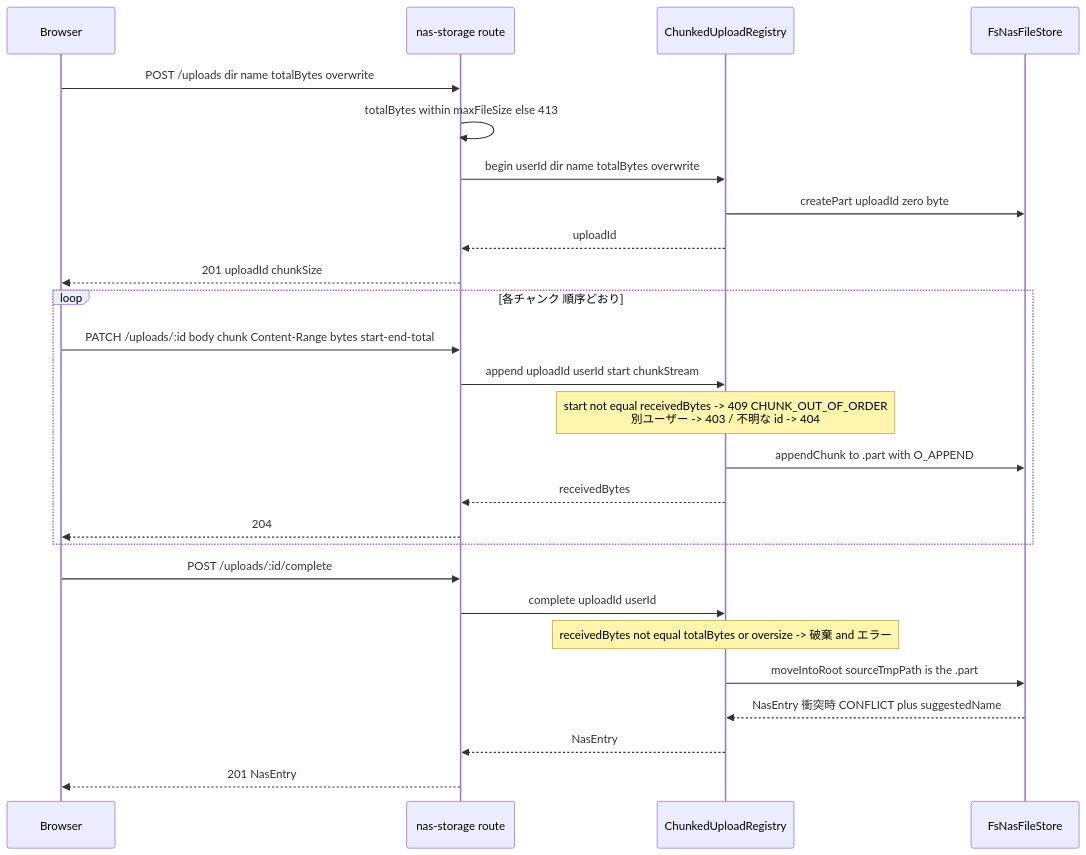
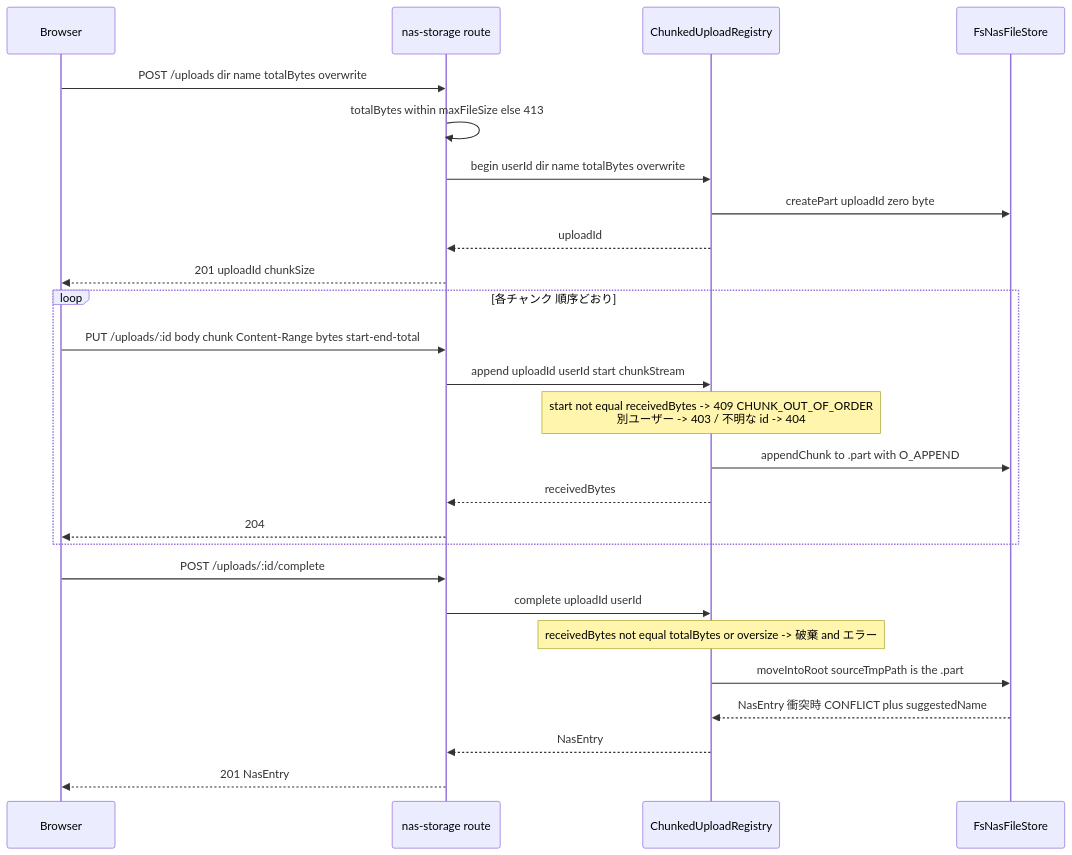
Before and after one commit to SovietUnion1942/growi: the fifth of 5 diagrams in .kiro/specs/nas-file-storage/design.md, drawn with Mermaid. The commit also changed other lines of this file and 12 other files, not shown here.

First line of the commit message:
fix(nas-file-storage): PUT instead of PATCH for rename/move and chunk append

````diff
--- a/.kiro/specs/nas-file-storage/design.md
+++ b/.kiro/specs/nas-file-storage/design.md
@@ -305,28 +305,28 @@
 ```mermaid
 sequenceDiagram
     participant U as Browser
     participant R as nas-storage route
     participant Reg as ChunkedUploadRegistry
     participant F as FsNasFileStore
     U->>R: POST /uploads  dir name totalBytes overwrite
     R->>R: totalBytes within maxFileSize else 413
     R->>Reg: begin userId dir name totalBytes overwrite
     Reg->>F: createPart uploadId  zero byte
     Reg-->>R: uploadId
     R-->>U: 201 uploadId chunkSize
     loop 各チャンク 順序どおり
-        U->>R: PATCH /uploads/:id  body chunk  Content-Range bytes start-end-total
+        U->>R: PUT /uploads/:id  body chunk  Content-Range bytes start-end-total
         R->>Reg: append uploadId userId start chunkStream
         Note over Reg: start not equal receivedBytes -> 409 CHUNK_OUT_OF_ORDER<br/>別ユーザー -> 403 / 不明な id -> 404
         Reg->>F: appendChunk to .part with O_APPEND
         Reg-->>R: receivedBytes
         R-->>U: 204
     end
     U->>R: POST /uploads/:id/complete
     R->>Reg: complete uploadId userId
     Note over Reg: receivedBytes not equal totalBytes or oversize -> 破棄 and エラー
     Reg->>F: moveIntoRoot sourceTmpPath is the .part
     F-->>Reg: NasEntry  衝突時 CONFLICT plus suggestedName
     Reg-->>R: NasEntry
     R-->>U: 201 NasEntry
 ```
````
